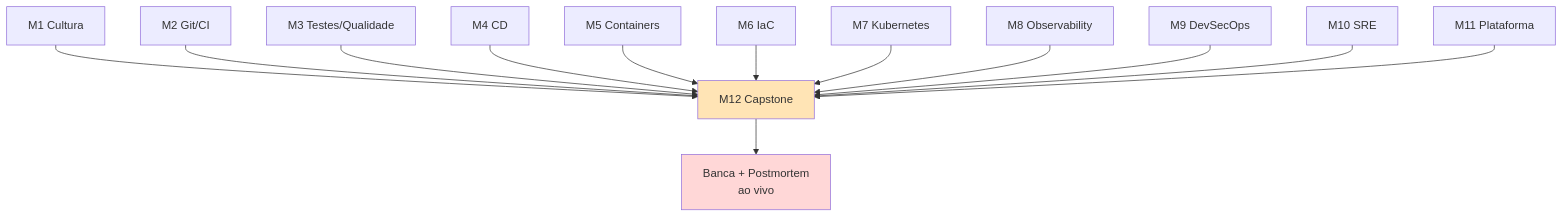
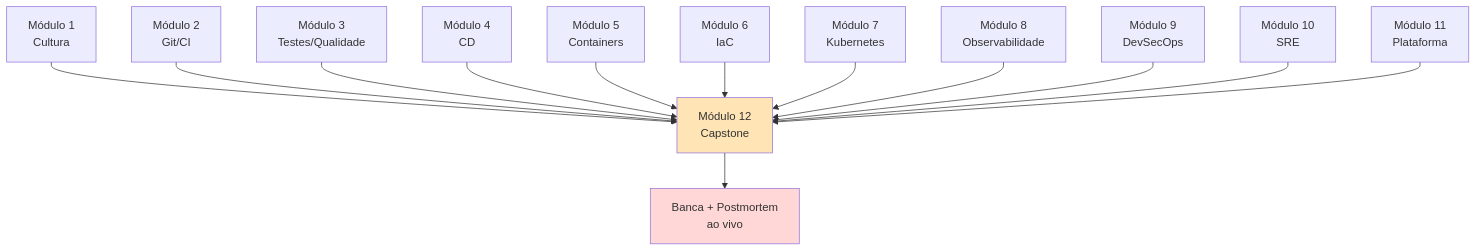
Before and after one commit to josinoif/aulas_ads: the second of 2 diagrams in devops/12-capstone/README.md, drawn with Mermaid. The commit also changed other lines of this file and 4 other files, not shown here.

````diff
--- a/devops/12-capstone/README.md
+++ b/devops/12-capstone/README.md
@@ -114,19 +114,19 @@
 ```mermaid
 flowchart TB
-    M1[M1 Cultura] --> C
-    M2[M2 Git/CI] --> C
-    M3[M3 Testes/Qualidade] --> C
-    M4[M4 CD] --> C
-    M5[M5 Containers] --> C
-    M6[M6 IaC] --> C
-    M7[M7 Kubernetes] --> C
-    M8[M8 Observability] --> C
-    M9[M9 DevSecOps] --> C
-    M10[M10 SRE] --> C
-    M11[M11 Plataforma] --> C[M12 Capstone]
+    M1[Módulo 1<br/>Cultura] --> C
+    M2[Módulo 2<br/>Git/CI] --> C
+    M3[Módulo 3<br/>Testes/Qualidade] --> C
+    M4[Módulo 4<br/>CD] --> C
+    M5[Módulo 5<br/>Containers] --> C
+    M6[Módulo 6<br/>IaC] --> C
+    M7[Módulo 7<br/>Kubernetes] --> C
+    M8[Módulo 8<br/>Observabilidade] --> C
+    M9[Módulo 9<br/>DevSecOps] --> C
+    M10[Módulo 10<br/>SRE] --> C
+    M11[Módulo 11<br/>Plataforma] --> C[Módulo 12<br/>Capstone]
 
     C --> E[Banca + Postmortem<br/>ao vivo]
 
     style C fill:#ffe4b5
     style E fill:#ffd7d7
 ```
````
